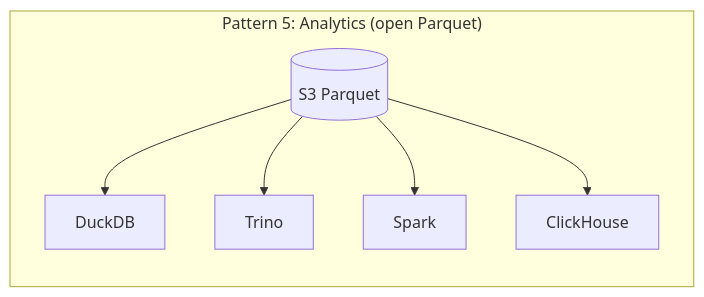
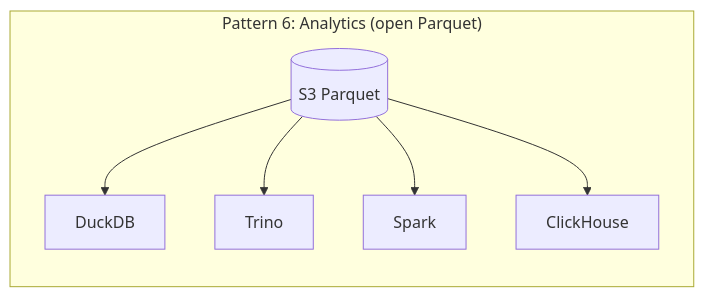
Before and after one commit to ReliablyObserve/victoria-lakehouse: the ninth of 9 diagrams in README.md, drawn with Mermaid. The commit also changed other lines of this file and 22 other files, not shown here.

````diff
--- a/README.md
+++ b/README.md
@@ -264,9 +275,9 @@
 ```mermaid
 graph LR
-    subgraph "Pattern 5: Analytics (open Parquet)"
+    subgraph "Pattern 6: Analytics (open Parquet)"
         S5[("S3 Parquet")] --> DDB["DuckDB"]
         S5 --> TRI["Trino"]
         S5 --> SPK["Spark"]
         S5 --> CH["ClickHouse"]
     end
 ```
````
